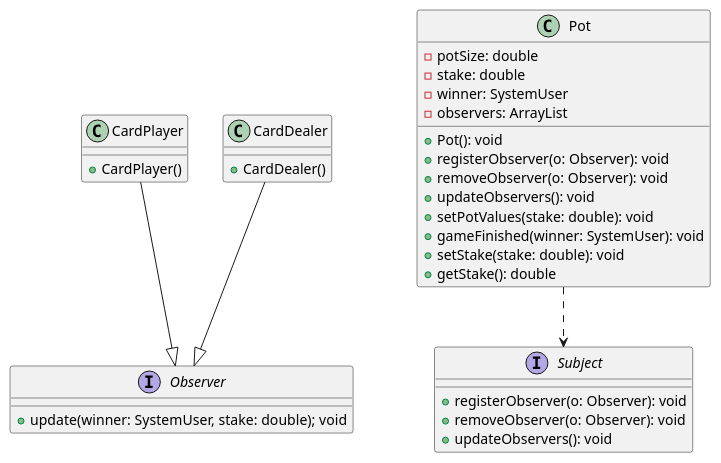
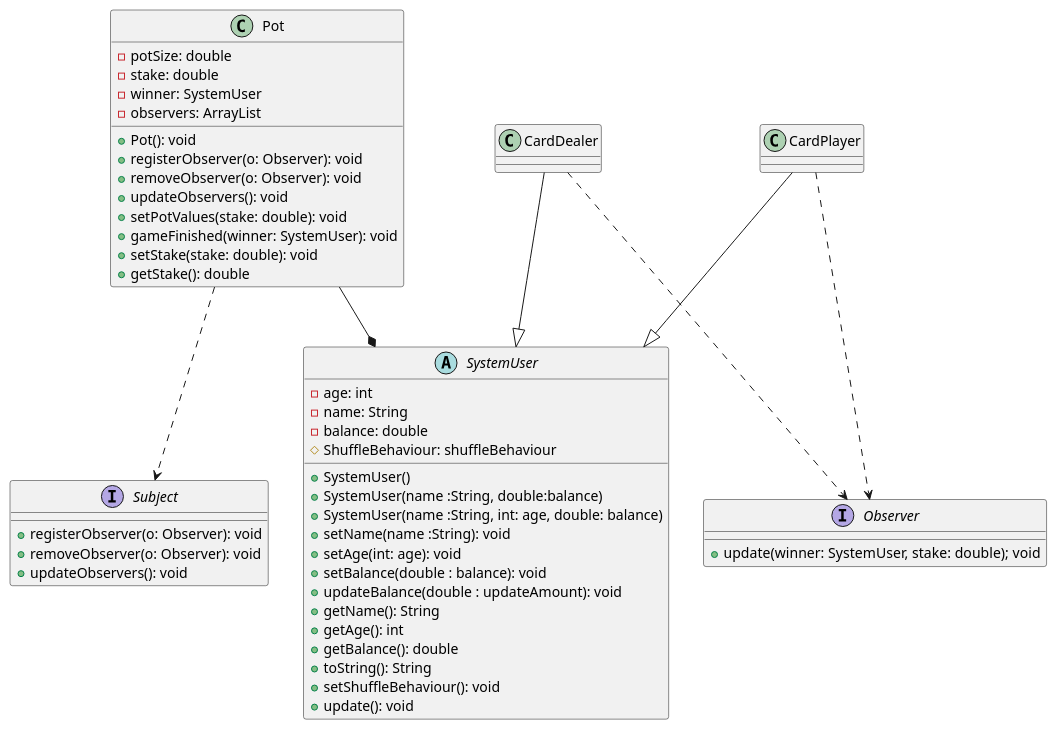
The diagram in UMLS/ObserverPattern.puml (GerardRyan1989/SoftwareDesignPatternsCA), drawn with PlantUML before and after one commit. The commit also changed 28 other files, not shown here.

```diff
--- a/UMLS/ObserverPattern.puml
+++ b/UMLS/ObserverPattern.puml
@@ -1,44 +1,66 @@
 @startuml
+
+abstract class SystemUser{
+    -age: int
+    -name: String
+    -balance: double
+    #ShuffleBehaviour: shuffleBehaviour
+
+    +SystemUser()
+    +SystemUser(name :String, double:balance)
+    +SystemUser(name :String, int: age, double: balance)
+    +setName(name :String): void
+    +setAge(int: age): void
+    +setBalance(double : balance): void
+    +updateBalance(double : updateAmount): void
+    +getName(): String
+    +getAge(): int
+    +getBalance(): double
+    +toString(): String
+    +setShuffleBehaviour(): void
+    +update(): void
+
+}
+
+
 
 interface Observer{
   +update(winner: SystemUser, stake: double); void
 }
 
 interface Subject{
     +registerObserver(o: Observer): void
     +removeObserver(o: Observer): void
     +updateObservers(): void
 }
-
 
 class Pot{
     -potSize: double
     -stake: double
     -winner: SystemUser
     -observers: ArrayList
     +Pot(): void
     +registerObserver(o: Observer): void
     +removeObserver(o: Observer): void
     +updateObservers(): void
     +setPotValues(stake: double): void
     +gameFinished(winner: SystemUser): void
     +setStake(stake: double): void
     +getStake(): double
 }
 
 
-class CardPlayer{
-      +CardPlayer()
-}
-
-class CardDealer{
-      +CardDealer()
-}
 
 
-CardPlayer --|> Observer
-CardDealer --|> Observer
 
 
+CardPlayer ..> Observer
+CardDealer ..> Observer
+Pot --* SystemUser
+
+CardDealer --|> SystemUser
+CardPlayer --|> SystemUser
+
 Pot ..> Subject
+
 @enduml
```
